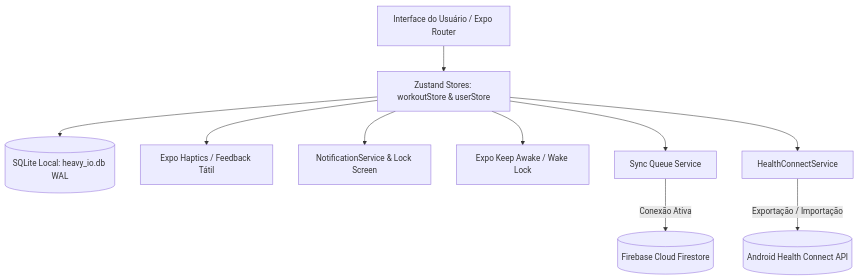
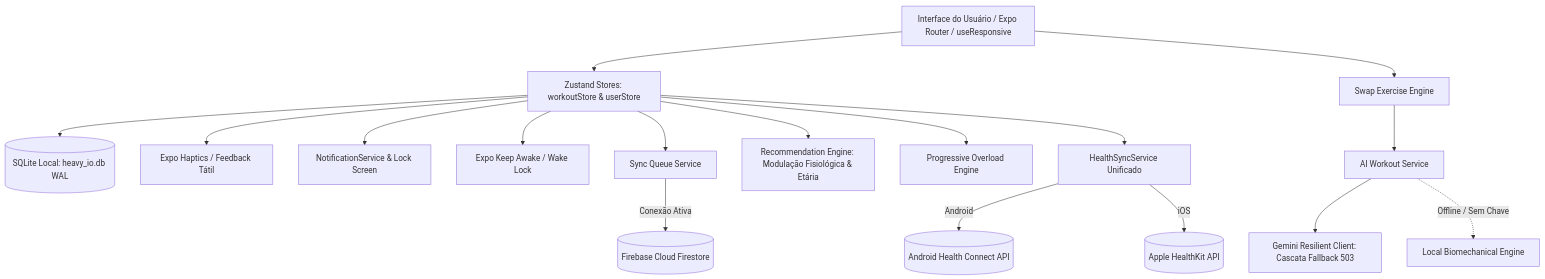
The diagram in docs/ARCHITECTURE.md (edubielecky/heavy.io), drawn with Mermaid before and after one commit. The commit also changed other lines of this file and 4 other files, not shown here.

````diff
--- a/docs/ARCHITECTURE.md
+++ b/docs/ARCHITECTURE.md
@@ -14,14 +14,23 @@
 ```mermaid
 graph TD
-    UI[Interface do Usuário / Expo Router] --> Store[Zustand Stores: workoutStore & userStore]
+    UI[Interface do Usuário / Expo Router / useResponsive] --> Store[Zustand Stores: workoutStore & userStore]
     Store --> SQLite[(SQLite Local: heavy_io.db WAL)]
     Store --> Haptics[Expo Haptics / Feedback Tátil]
     Store --> Notif[NotificationService & Lock Screen]
     Store --> WakeLock[Expo Keep Awake / Wake Lock]
     
+    UI --> SwapModal[Swap Exercise Engine]
+    SwapModal --> AIService[AI Workout Service]
+    AIService --> Gemini[Gemini Resilient Client: Cascata Fallback 503]
+    AIService -.->|Offline / Sem Chave| LocalEngine[Local Biomechanical Engine]
+    
+    Store --> RecEngine[Recommendation Engine: Modulação Fisiológica & Etária]
+    Store --> Overload[Progressive Overload Engine]
+
     Store --> SyncQ[Sync Queue Service]
     SyncQ -->|Conexão Ativa| Firebase[(Firebase Cloud Firestore)]
     
-    Store --> Health[HealthConnectService]
-    Health -->|Exportação / Importação| AndroidHC[(Android Health Connect API)]
+    Store --> UnifiedHealth[HealthSyncService Unificado]
+    UnifiedHealth -->|Android| AndroidHC[(Android Health Connect API)]
+    UnifiedHealth -->|iOS| AppleHealth[(Apple HealthKit API)]
 ```
````
